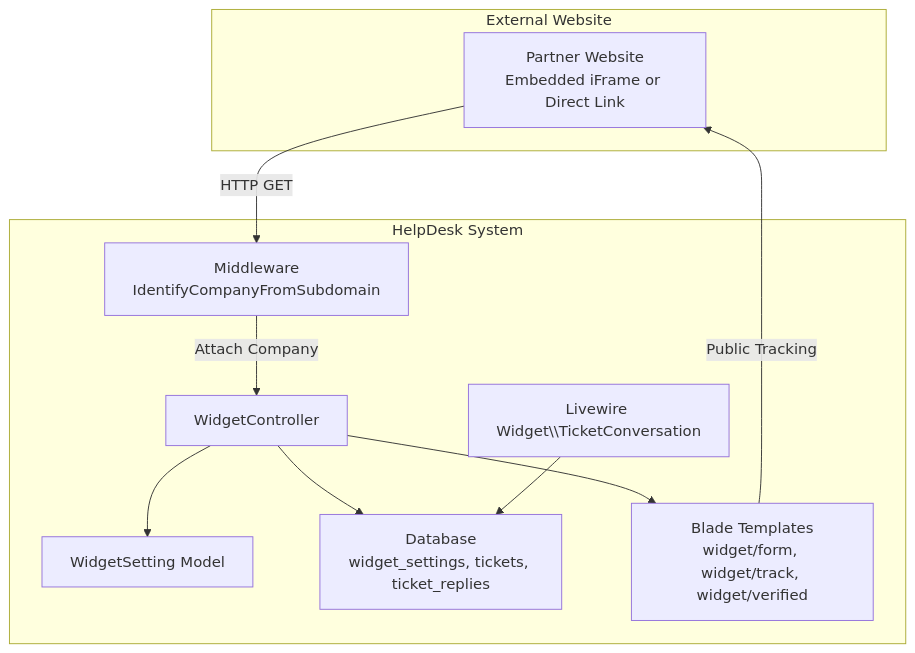
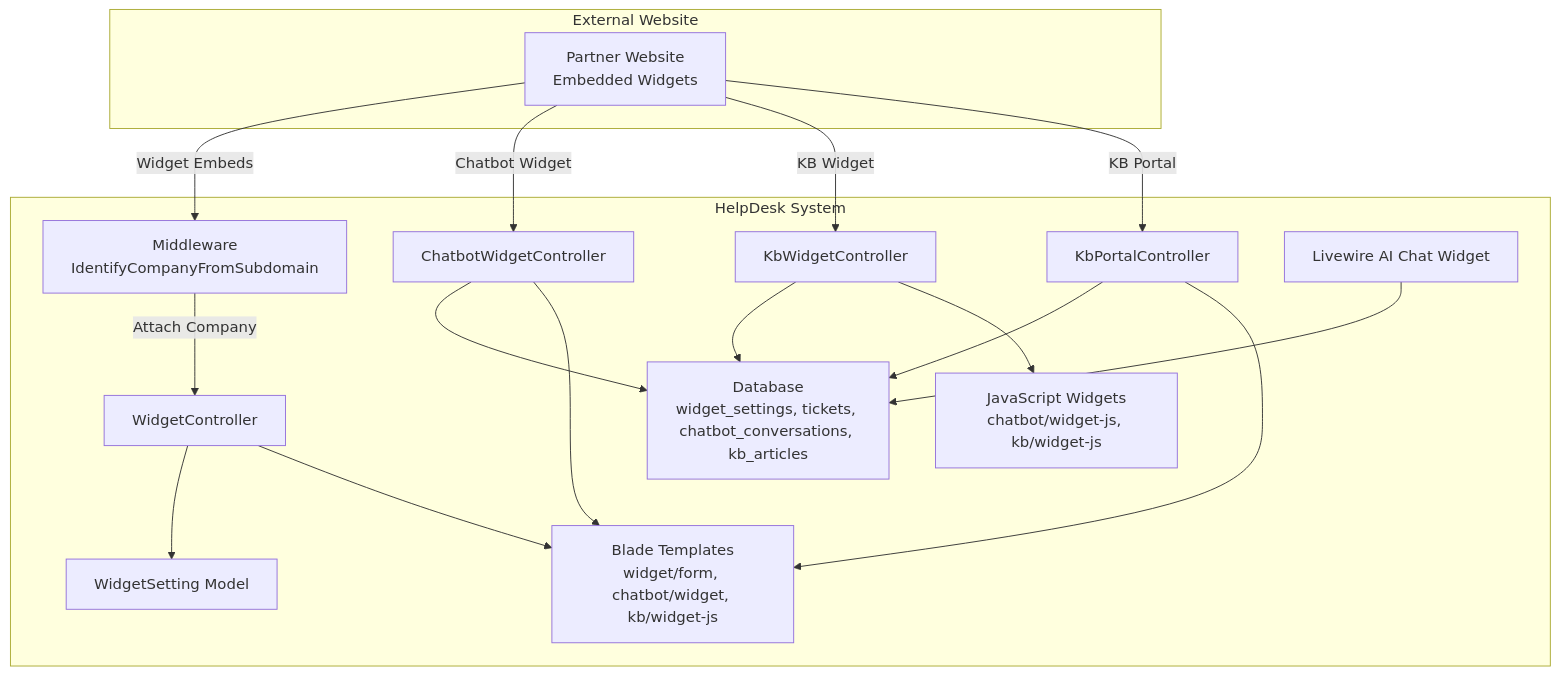
One commit to younesgamer68/helpdesk-system changed the first of 9 diagrams in .qoder/repowiki/en/content/Widget System/Widget System.md. Above: the diagram before and after it, drawn with Mermaid. The commit also changed other lines of this file and 210 other files, not shown here.

````diff
--- a/.qoder/repowiki/en/content/Widget System/Widget System.md
+++ b/.qoder/repowiki/en/content/Widget System/Widget System.md
@@ -39,20 +60,31 @@
 ```mermaid
 graph TB
 subgraph "External Website"
-Site["Partner Website<br/>Embedded iFrame or Direct Link"]
+Site["Partner Website<br/>Embedded Widgets"]
 end
 subgraph "HelpDesk System"
 MW["Middleware<br/>IdentifyCompanyFromSubdomain"]
 WC["WidgetController"]
+CBC["ChatbotWidgetController"]
+KBC["KbWidgetController"]
+KC["KbPortalController"]
 WS["WidgetSetting Model"]
-DB["Database<br/>widget_settings, tickets, ticket_replies"]
-LV["Livewire Widget\\TicketConversation"]
-Views["Blade Templates<br/>widget/form, widget/track, widget/verified"]
+DB["Database<br/>widget_settings, tickets, chatbot_conversations, kb_articles"]
+LV["Livewire AI Chat Widget"]
+Views["Blade Templates<br/>widget/form, chatbot/widget, kb/widget-js"]
+JS["JavaScript Widgets<br/>chatbot/widget-js, kb/widget-js"]
 end
-Site --> |"HTTP GET"| MW --> |"Attach Company"| WC
+Site --> |"Widget Embeds"| MW --> |"Attach Company"| WC
+Site --> |"Chatbot Widget"| CBC
+Site --> |"KB Widget"| KBC
+Site --> |"KB Portal"| KC
 WC --> WS
-WC --> DB
+CBC --> DB
+KBC --> DB
+KC --> DB
 WC --> Views
-Views --> |"Public Tracking"| Site
+CBC --> Views
+KBC --> JS
+KC --> Views
 LV --> DB
 ```
````
